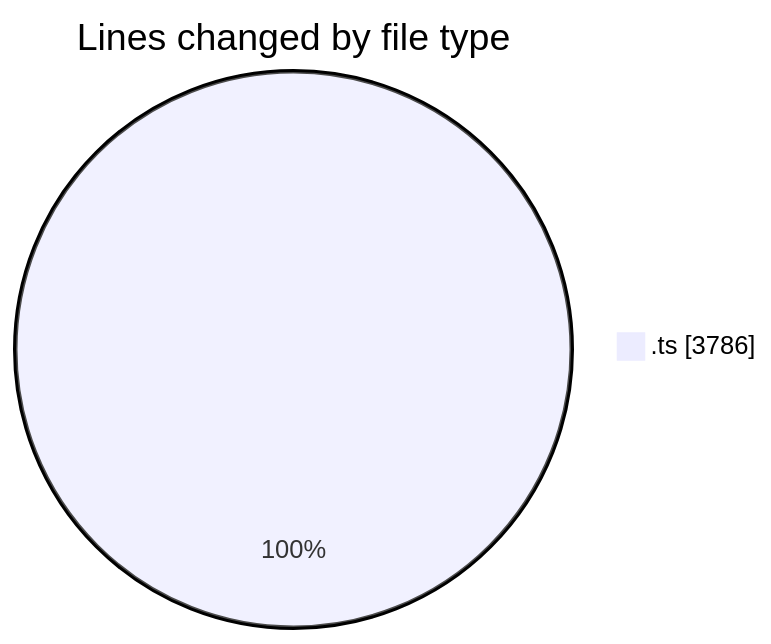
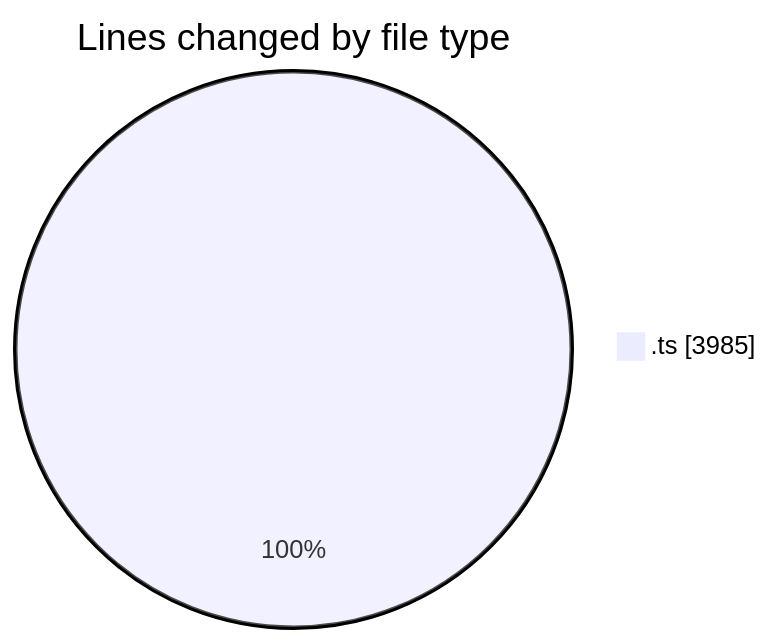
One commit to momahboobian/code-tracking changed the first of 2 diagrams in 2025-08-08/cda/README.md. Above: the diagram before and after it, drawn with Mermaid. The commit also changed other lines of this file and 1 other file, not shown here.

````diff
--- a/2025-08-08/cda/README.md
+++ b/2025-08-08/cda/README.md
@@ -26,5 +26,5 @@
 ```mermaid
 pie showData
 title Lines changed by file type
-".ts" : 3786
+".ts" : 3985
 ```
````
